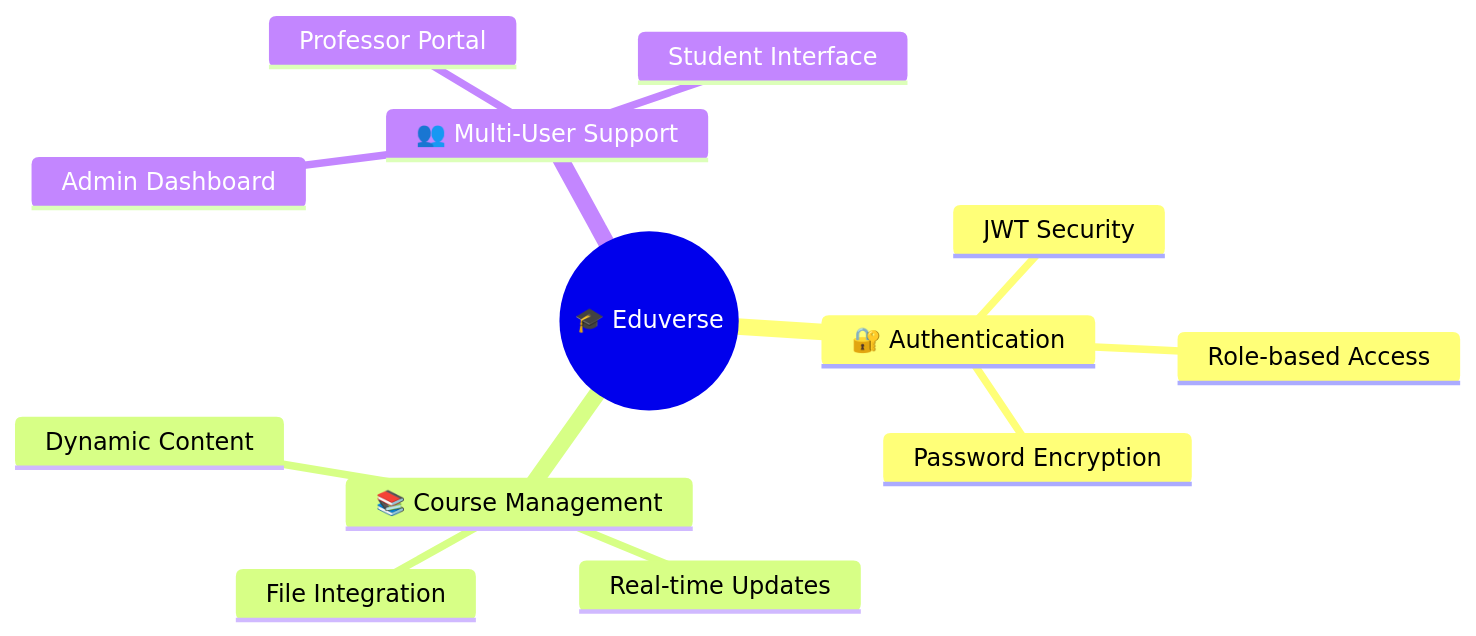
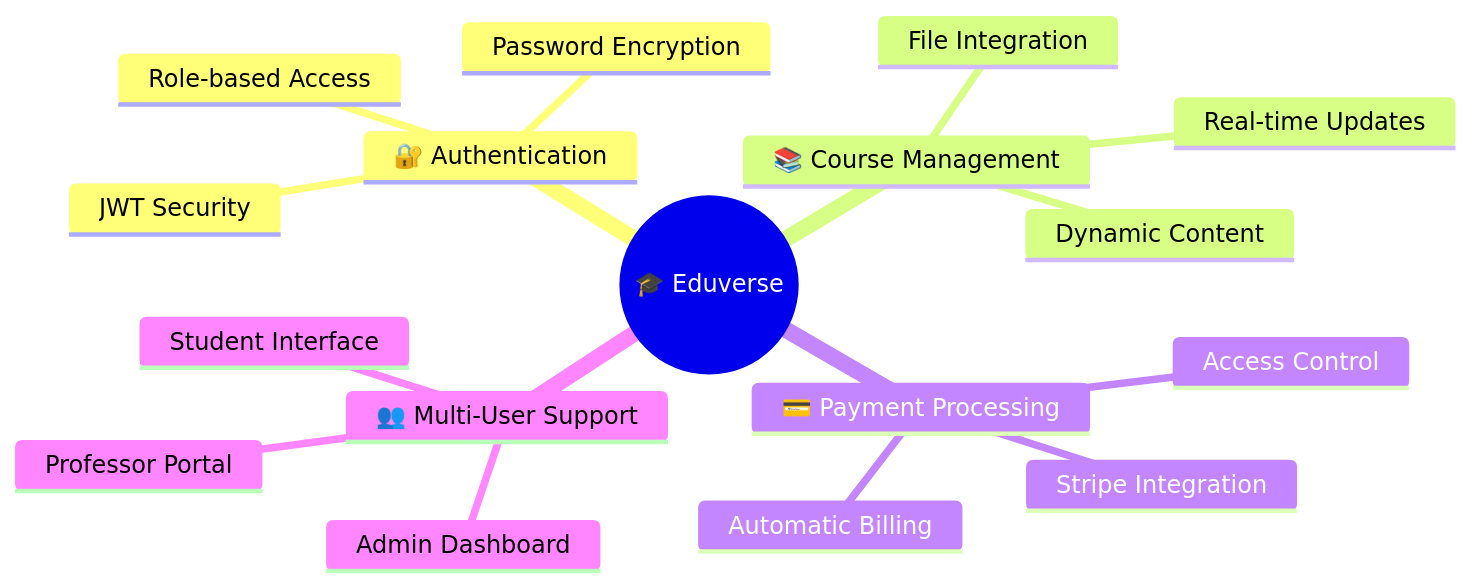
Before and after one commit to elfeshawy17/ELearning-Project: the first of 10 diagrams in README.md, drawn with Mermaid. The commit also changed other lines of this file, not shown here.

````diff
--- a/README.md
+++ b/README.md
@@ -53,16 +55,20 @@
 ```mermaid
 mindmap
   root((🎓 Eduverse))
     🔐 Authentication
       JWT Security
       Role-based Access
       Password Encryption
     📚 Course Management
       Dynamic Content
       Real-time Updates
       File Integration
+    💳 Payment Processing
+      Stripe Integration
+      Automatic Billing
+      Access Control
     👥 Multi-User Support
       Admin Dashboard
       Professor Portal
       Student Interface
 ```
````
